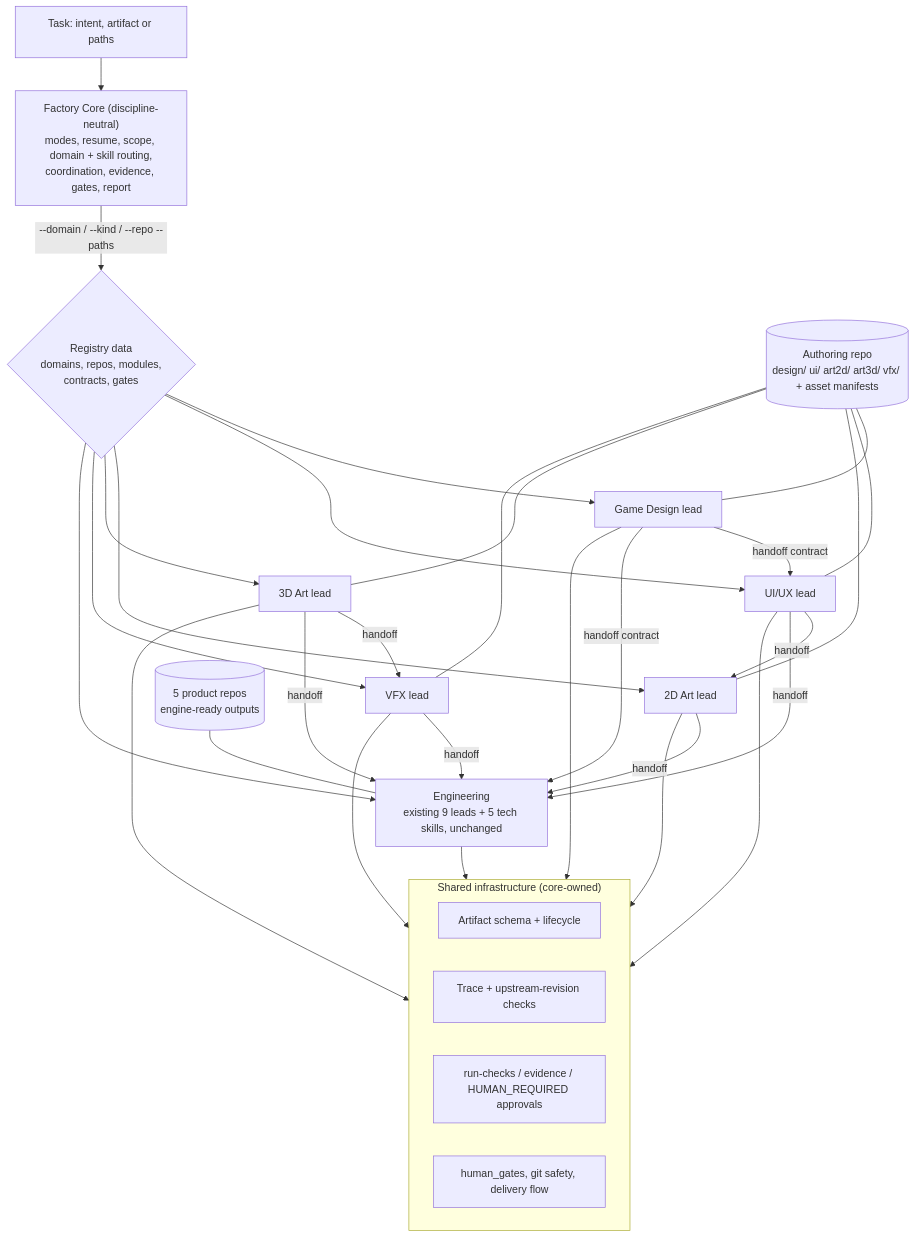
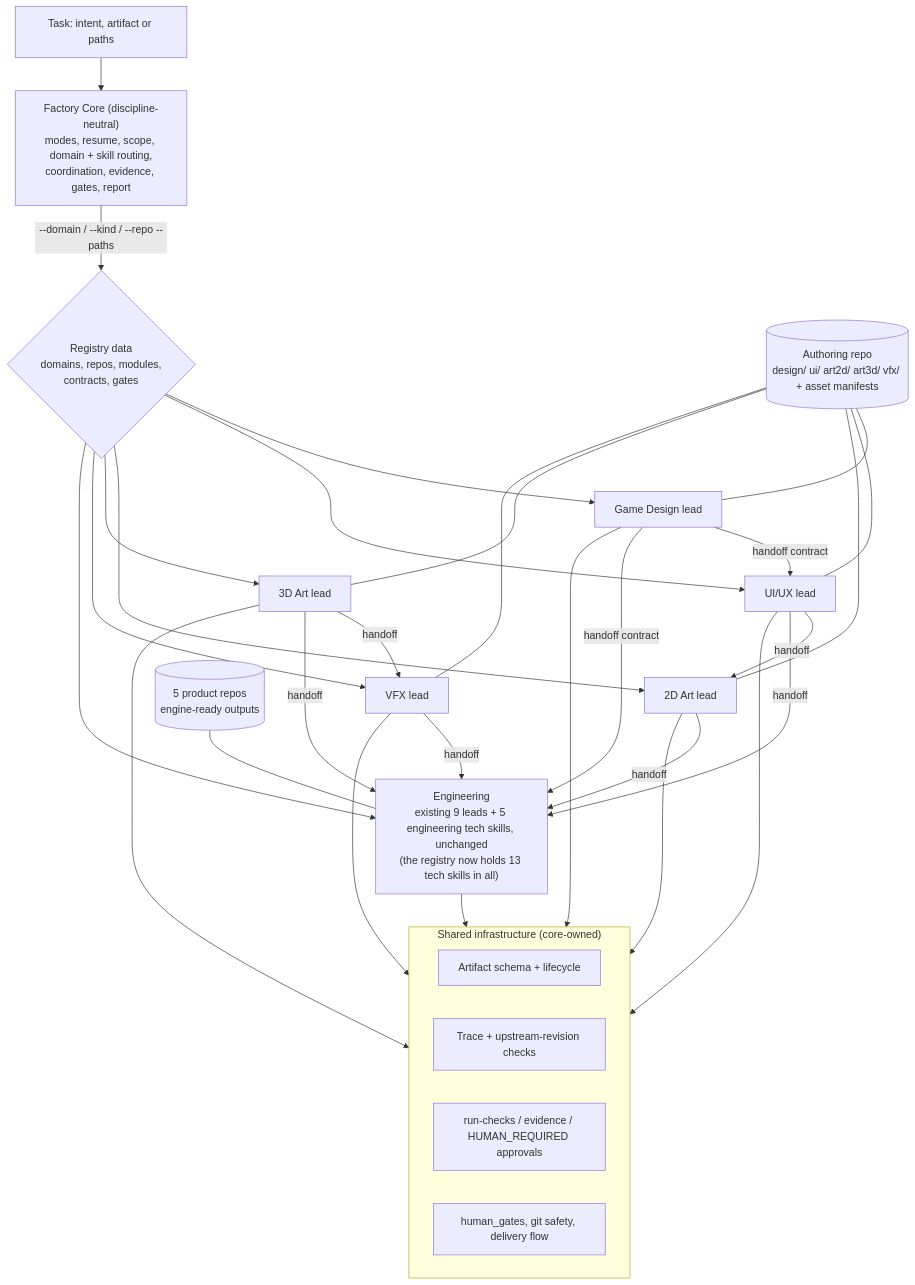
Before and after one commit to Cuvara/rpg-factory: the first of 2 diagrams in docs/architecture/multi-discipline-factory.md, drawn with Mermaid. The commit also changed other lines of this file and 1 other file, not shown here.

Commit message:
docs(plans): backlog bookkeeping of assetgen-followups and the tech skill count
Move review-base-topic, run-all-orphan-after-reap and the covered
assetgen-run-followups notes to Covered; keep the environment note, the
owner's local e2e run and the missing model-hash cache writer open. The
architecture doc states the registry's 13 tech skills.

````diff
--- a/docs/architecture/multi-discipline-factory.md
+++ b/docs/architecture/multi-discipline-factory.md
@@ -92,28 +92,28 @@
 ```mermaid
 graph TD
   U["Task: intent, artifact or paths"] --> FC["Factory Core (discipline-neutral)<br/>modes, resume, scope, domain + skill routing,<br/>coordination, evidence, gates, report"]
   FC -->|"--domain / --kind / --repo --paths"| R{"Registry data<br/>domains, repos, modules,<br/>contracts, gates"}
   R --> GD["Game Design lead"]
   R --> UX["UI/UX lead"]
   R --> A2["2D Art lead"]
   R --> A3["3D Art lead"]
   R --> VX["VFX lead"]
-  R --> EN["Engineering<br/>existing 9 leads + 5 tech skills, unchanged"]
+  R --> EN["Engineering<br/>existing 9 leads + 5 engineering tech skills, unchanged<br/>(the registry now holds 13 tech skills in all)"]
   GD -- "handoff contract" --> UX
   GD -- "handoff contract" --> EN
   UX -- "handoff" --> A2
   UX -- "handoff" --> EN
   A3 -- "handoff" --> VX
   A3 -- "handoff" --> EN
   A2 -- "handoff" --> EN
   VX -- "handoff" --> EN
   subgraph SI["Shared infrastructure (core-owned)"]
     AS["Artifact schema + lifecycle"]
     TR["Trace + upstream-revision checks"]
     EV["run-checks / evidence / HUMAN_REQUIRED approvals"]
     GS["human_gates, git safety, delivery flow"]
   end
   GD & UX & A2 & A3 & VX & EN --> SI
   AR[("Authoring repo<br/>design/ ui/ art2d/ art3d/ vfx/ + asset manifests")] --- GD & UX & A2 & A3 & VX
   PR[("5 product repos<br/>engine-ready outputs")] --- EN
 ```
````
